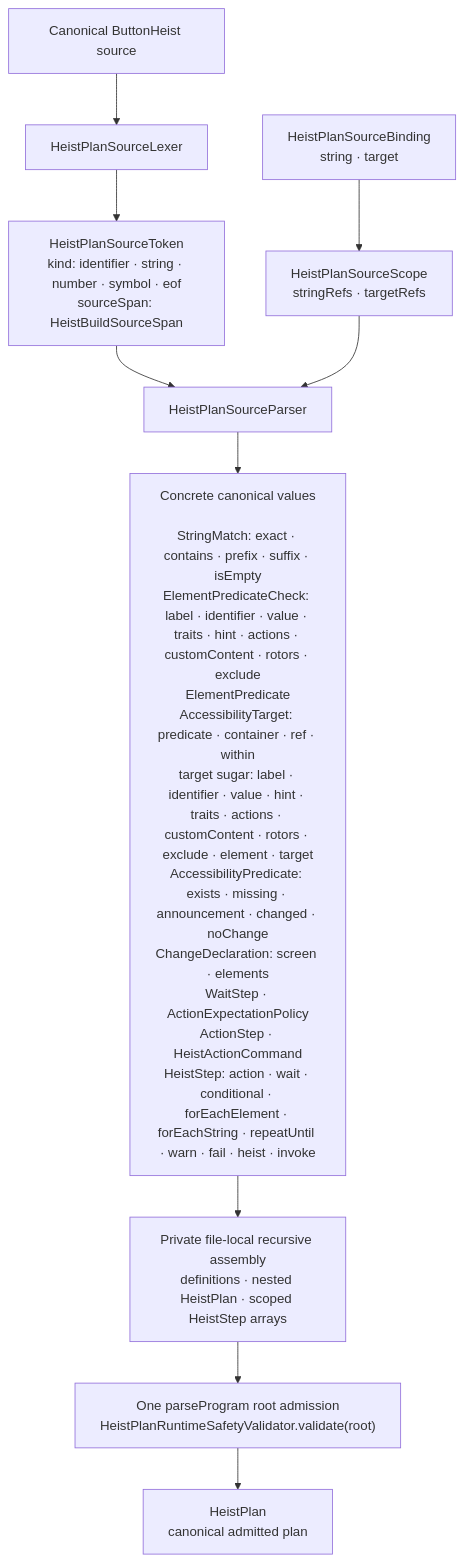
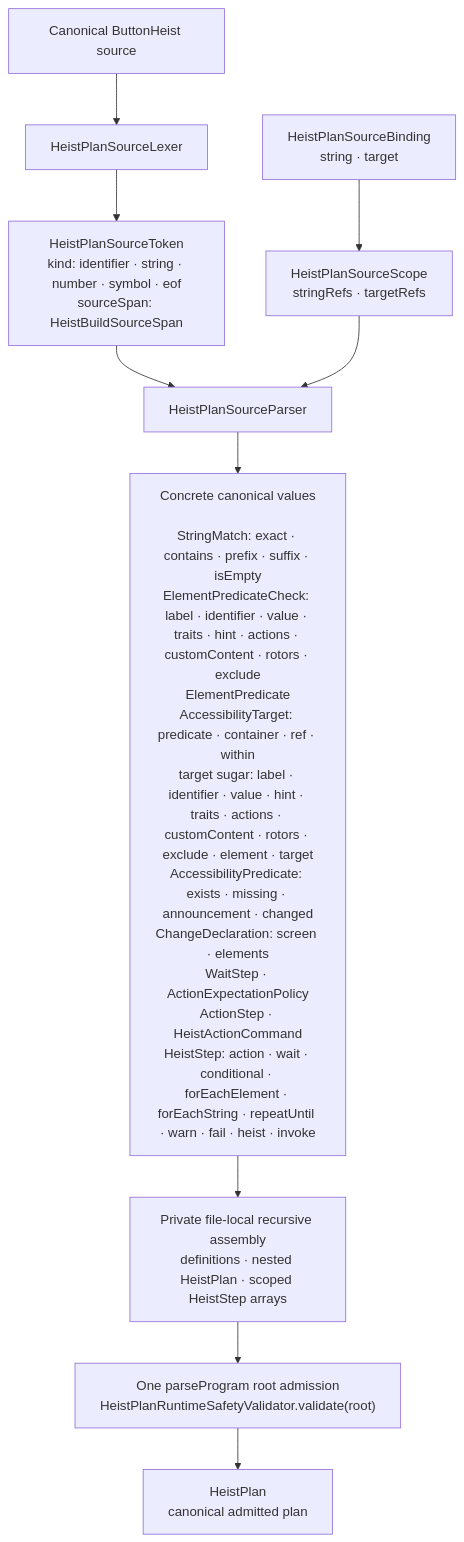
Before and after one commit to RoyalPineapple/TheButtonHeist: the diagram in docs/diagrams/dsl-grammar.md, drawn with Mermaid. The commit also changed 24 other files, not shown here.

````diff
--- a/docs/diagrams/dsl-grammar.md
+++ b/docs/diagrams/dsl-grammar.md
@@ -11,17 +11,17 @@
 ```mermaid
 flowchart TD
     SOURCE["Canonical ButtonHeist source"]
     LEXER["HeistPlanSourceLexer"]
     TOKEN["HeistPlanSourceToken<br/>kind: identifier · string · number · symbol · eof<br/>sourceSpan: HeistBuildSourceSpan"]
     BINDING["HeistPlanSourceBinding<br/>string · target"]
     SCOPE["HeistPlanSourceScope<br/>stringRefs · targetRefs"]
     PARSER["HeistPlanSourceParser"]
-    VALUES["Concrete canonical values<br/><br/>StringMatch: exact · contains · prefix · suffix · isEmpty<br/>ElementPredicateCheck: label · identifier · value · traits · hint · actions · customContent · rotors · exclude<br/>ElementPredicate<br/>AccessibilityTarget: predicate · container · ref · within<br/>target sugar: label · identifier · value · hint · traits · actions · customContent · rotors · exclude · element · target<br/>AccessibilityPredicate: exists · missing · announcement · changed · noChange<br/>ChangeDeclaration: screen · elements<br/>WaitStep · ActionExpectationPolicy<br/>ActionStep · HeistActionCommand<br/>HeistStep: action · wait · conditional · forEachElement · forEachString · repeatUntil · warn · fail · heist · invoke"]
+    VALUES["Concrete canonical values<br/><br/>StringMatch: exact · contains · prefix · suffix · isEmpty<br/>ElementPredicateCheck: label · identifier · value · traits · hint · actions · customContent · rotors · exclude<br/>ElementPredicate<br/>AccessibilityTarget: predicate · container · ref · within<br/>target sugar: label · identifier · value · hint · traits · actions · customContent · rotors · exclude · element · target<br/>AccessibilityPredicate: exists · missing · announcement · changed<br/>ChangeDeclaration: screen · elements<br/>WaitStep · ActionExpectationPolicy<br/>ActionStep · HeistActionCommand<br/>HeistStep: action · wait · conditional · forEachElement · forEachString · repeatUntil · warn · fail · heist · invoke"]
     ASSEMBLY["Private file-local recursive assembly<br/>definitions · nested HeistPlan · scoped HeistStep arrays"]
     ADMISSION["One parseProgram root admission<br/>HeistPlanRuntimeSafetyValidator.validate(root)"]
     PLAN["HeistPlan<br/>canonical admitted plan"]
 
     SOURCE --> LEXER --> TOKEN --> PARSER
     BINDING --> SCOPE --> PARSER
     PARSER --> VALUES --> ASSEMBLY --> ADMISSION --> PLAN
 ```
````
